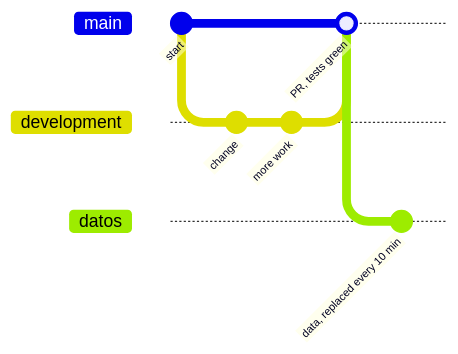
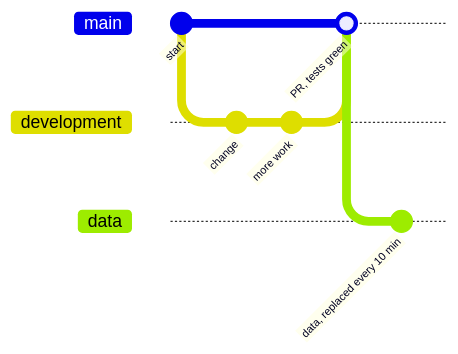
Before and after one commit to serbenda/uptime: the sixth of 6 diagrams in README.md, drawn with Mermaid. The commit also changed other lines of this file and 44 other files, not shown here.

First line of the commit message:
Translate all the code to English and rename the datos branch to data

````diff
--- a/README.md
+++ b/README.md
@@ -727,13 +727,13 @@
 ```mermaid
 gitGraph
   commit id: "start"
   branch development
   checkout development
   commit id: "change"
   commit id: "more work"
   checkout main
   merge development id: "PR, tests green"
-  branch datos
-  checkout datos
+  branch data
+  checkout data
   commit id: "data, replaced every 10 min"
 ```
````
